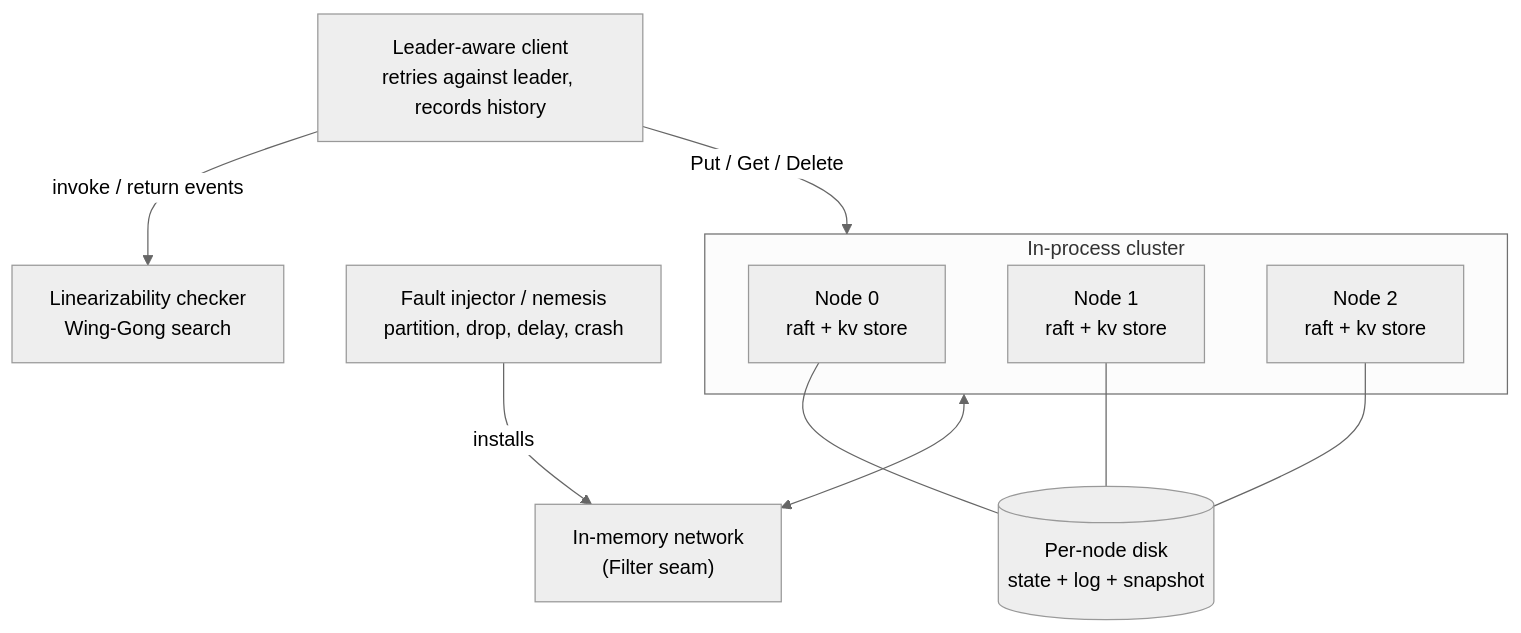
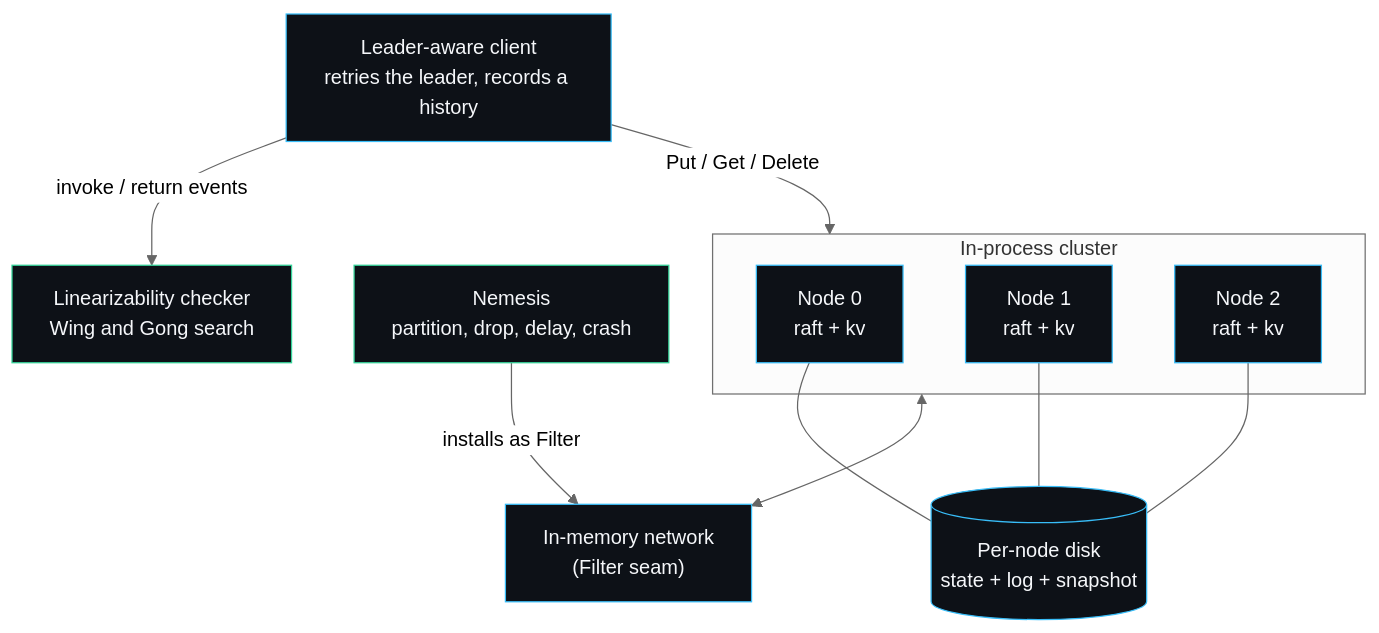
One commit to sarmakska/raftkv changed the diagram in README.md. Above: the diagram before and after it, drawn with Mermaid (neutral theme). The commit also changed other lines of this file, not shown here.

````diff
--- a/README.md
+++ b/README.md
@@ -13,21 +38,26 @@
 ```mermaid
 flowchart TB
-    client["Leader-aware client<br/>retries against leader, records history"]
+    client["Leader-aware client<br/>retries the leader, records a history"]
     subgraph cluster["In-process cluster"]
-        n0["Node 0<br/>raft + kv store"]
-        n1["Node 1<br/>raft + kv store"]
-        n2["Node 2<br/>raft + kv store"]
+        n0["Node 0<br/>raft + kv"]
+        n1["Node 1<br/>raft + kv"]
+        n2["Node 2<br/>raft + kv"]
     end
     net["In-memory network<br/>(Filter seam)"]
-    fault["Fault injector / nemesis<br/>partition, drop, delay, crash"]
-    linz["Linearizability checker<br/>Wing-Gong search"]
+    fault["Nemesis<br/>partition, drop, delay, crash"]
+    linz["Linearizability checker<br/>Wing and Gong search"]
     disk[("Per-node disk<br/>state + log + snapshot")]
 
     client -->|Put / Get / Delete| cluster
     client -->|invoke / return events| linz
     cluster <--> net
-    fault -->|installs| net
+    fault -->|installs as Filter| net
     n0 --- disk
     n1 --- disk
     n2 --- disk
+
+    classDef c fill:#0d1117,stroke:#38bdf8,color:#f5f7fa
+    classDef a fill:#0d1117,stroke:#34d399,color:#f5f7fa
+    class client,n0,n1,n2,net,disk c
+    class fault,linz a
 ```
````
